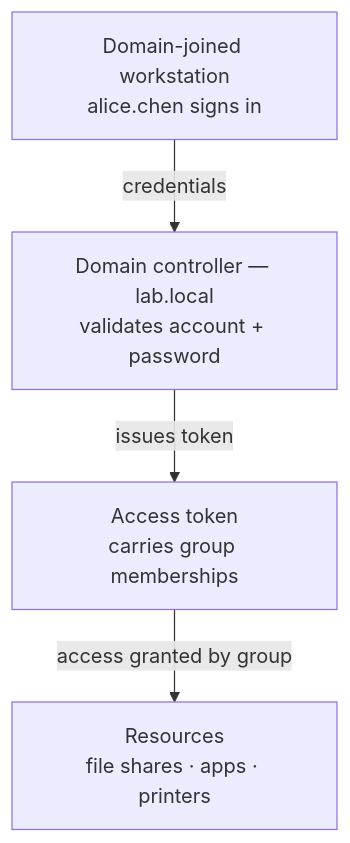
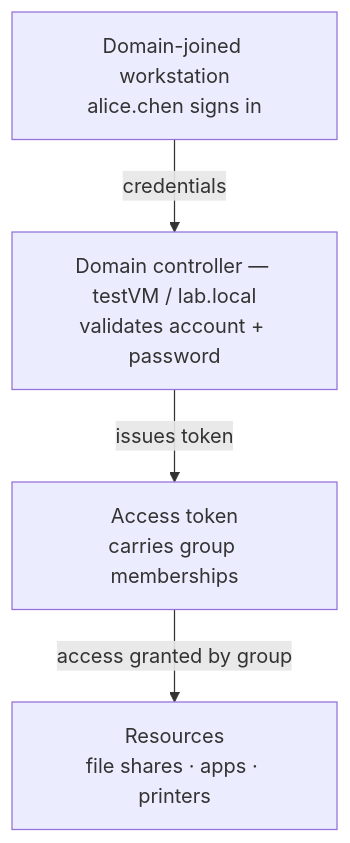
Before and after one commit to kia-reed/it-homelab: the second of 3 diagrams in active-directory/README.md, drawn with Mermaid. The commit also changed other lines of this file, not shown here.

Commit message:
Add domain join section and update names

````diff
--- a/active-directory/README.md
+++ b/active-directory/README.md
@@ -60,11 +60,11 @@
 ```mermaid
 flowchart TB
     PC["Domain-joined workstation<br/>alice.chen signs in"]
-    DC["Domain controller — lab.local<br/>validates account + password"]
+    DC["Domain controller — testVM / lab.local<br/>validates account + password"]
     TOK["Access token<br/>carries group memberships"]
     RES["Resources<br/>file shares · apps · printers"]
 
     PC -->|credentials| DC
     DC -->|issues token| TOK
     TOK -->|access granted by group| RES
 ```
````
